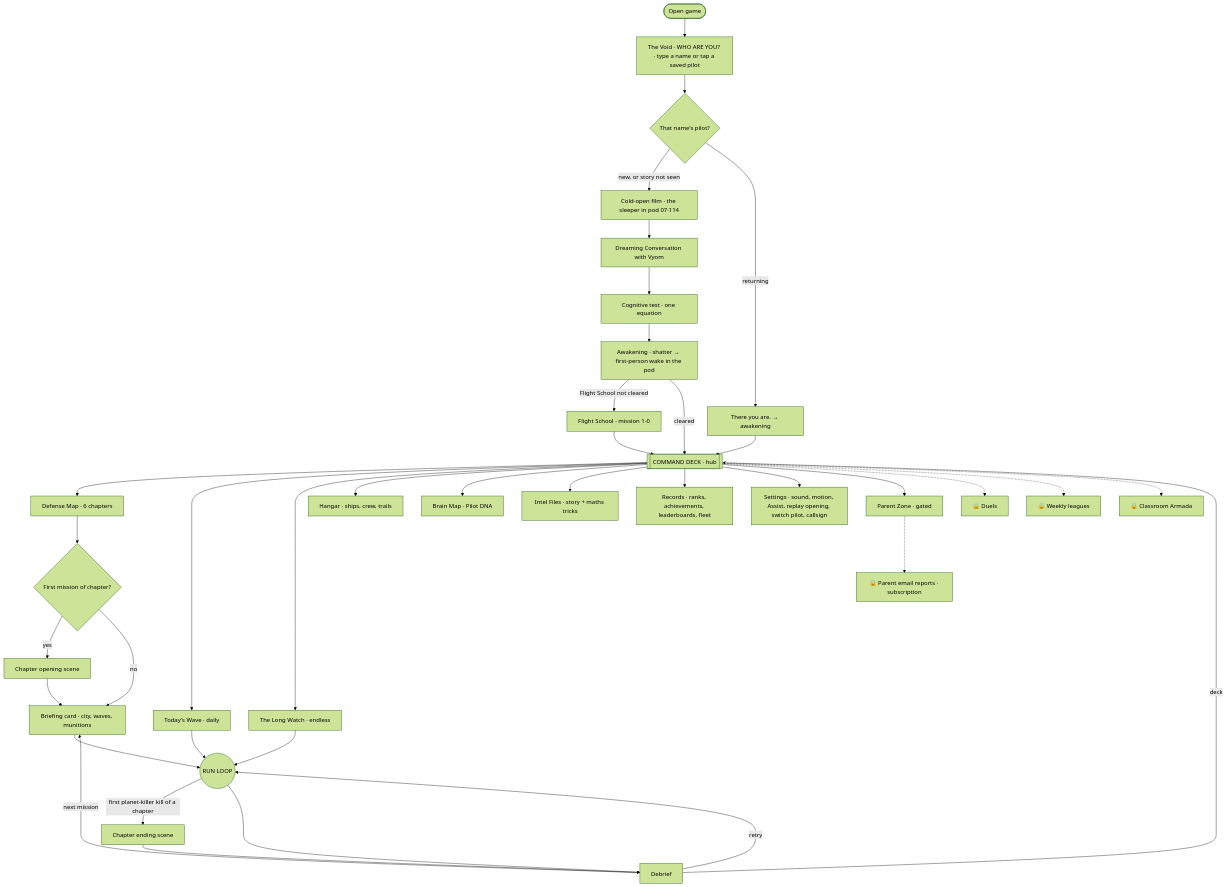
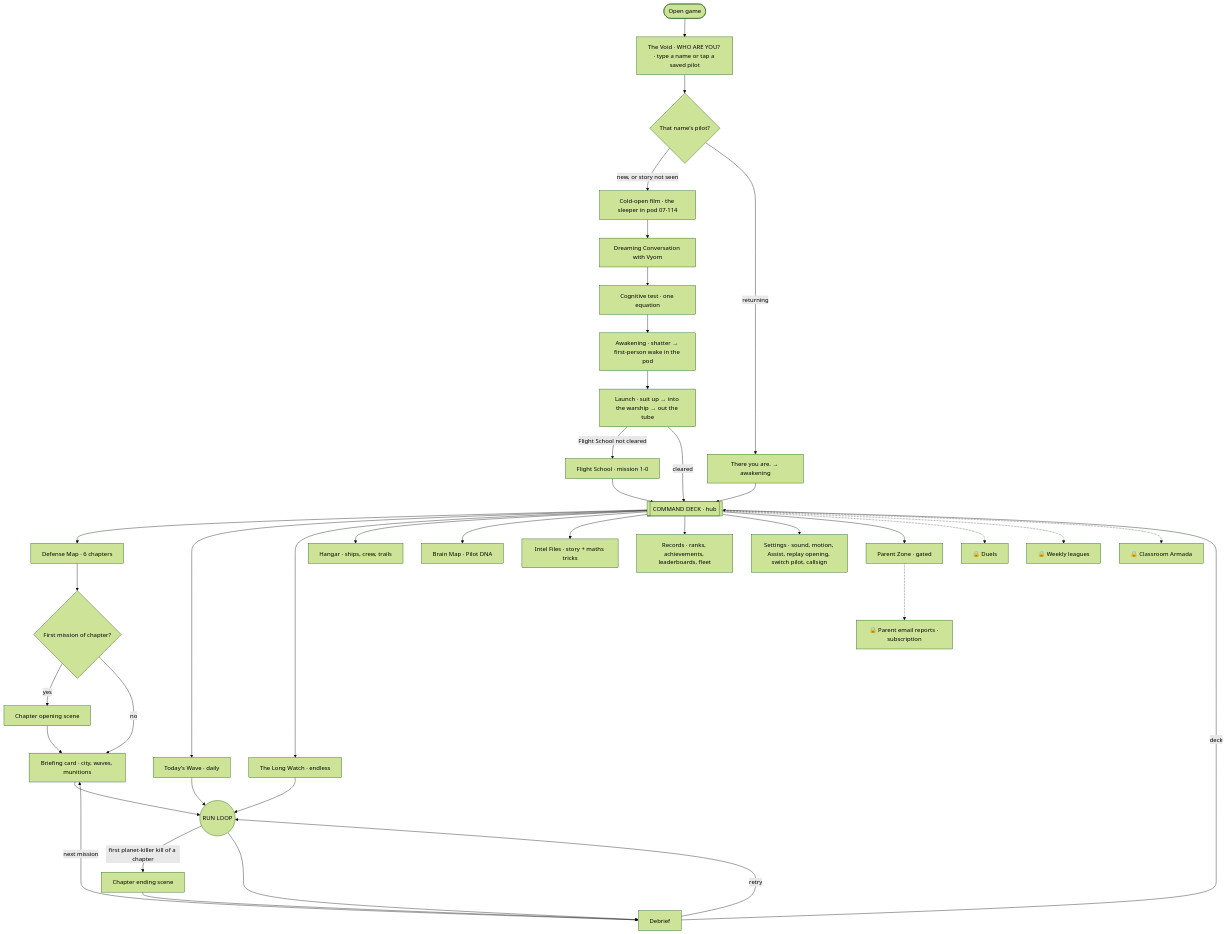
Before and after one commit to Arghyajit23-hub/Space-Maths-Game: the first of 4 diagrams in docs/FLOWMAP.md, drawn with Mermaid (forest theme). The commit also changed other lines of this file and 6 other files, not shown here.

Commit message:
Pilot character from portrait, launch sequence, pilot in cockpit

````diff
--- a/docs/FLOWMAP.md
+++ b/docs/FLOWMAP.md
@@ -70,41 +75,42 @@
 ```mermaid
 flowchart TD
     A([Open game]) --> V[The Void · WHO ARE YOU? · type a name or tap a saved pilot]
     V --> B{That name's pilot?}
     B -- new, or story not seen --> FI[Cold-open film · the sleeper in pod 07·114]
     FI --> OP[Dreaming Conversation with Vyom]
     OP --> T[Cognitive test · one equation]
     T --> W[Awakening · shatter → first-person wake in the pod]
-    W -- Flight School not cleared --> D[Flight School · mission 1-0]
-    W -- cleared --> E
+    W --> LA[Launch · suit up → into the warship → out the tube]
+    LA -- Flight School not cleared --> D[Flight School · mission 1-0]
+    LA -- cleared --> E
     B -- returning --> W2["There you are." → awakening] --> E
     D --> E[[COMMAND DECK · hub]]
 
     E --> G[Defense Map · 6 chapters]
     E --> H[Today's Wave · daily]
     E --> I[The Long Watch · endless]
     E --> J[Hangar · ships, crew, trails]
     E --> K[Brain Map · Pilot DNA]
     E --> L[Intel Files · story + maths tricks]
     E --> M[Records · ranks, achievements, leaderboards, fleet]
     E --> O[Settings · sound, motion, Assist, replay opening, switch pilot, callsign]
     E --> N[Parent Zone · gated]
 
     G --> CH{First mission of chapter?}
     CH -- yes --> CO[Chapter opening scene] --> BF
     CH -- no --> BF[Briefing card · city, waves, munitions]
     BF --> R((RUN LOOP))
     H --> R
     I --> R
     R -->|first planet-killer kill of a chapter| CE[Chapter ending scene]
     CE --> S
     R --> S[Debrief]
     S -- retry --> R
     S -- next mission --> BF
     S -- deck --> E
 
     E -.-> P1[🔒 Duels]
     E -.-> P2[🔒 Weekly leagues]
     E -.-> P3[🔒 Classroom Armada]
     N -.-> P4[🔒 Parent email reports · subscription]
 ```
````
